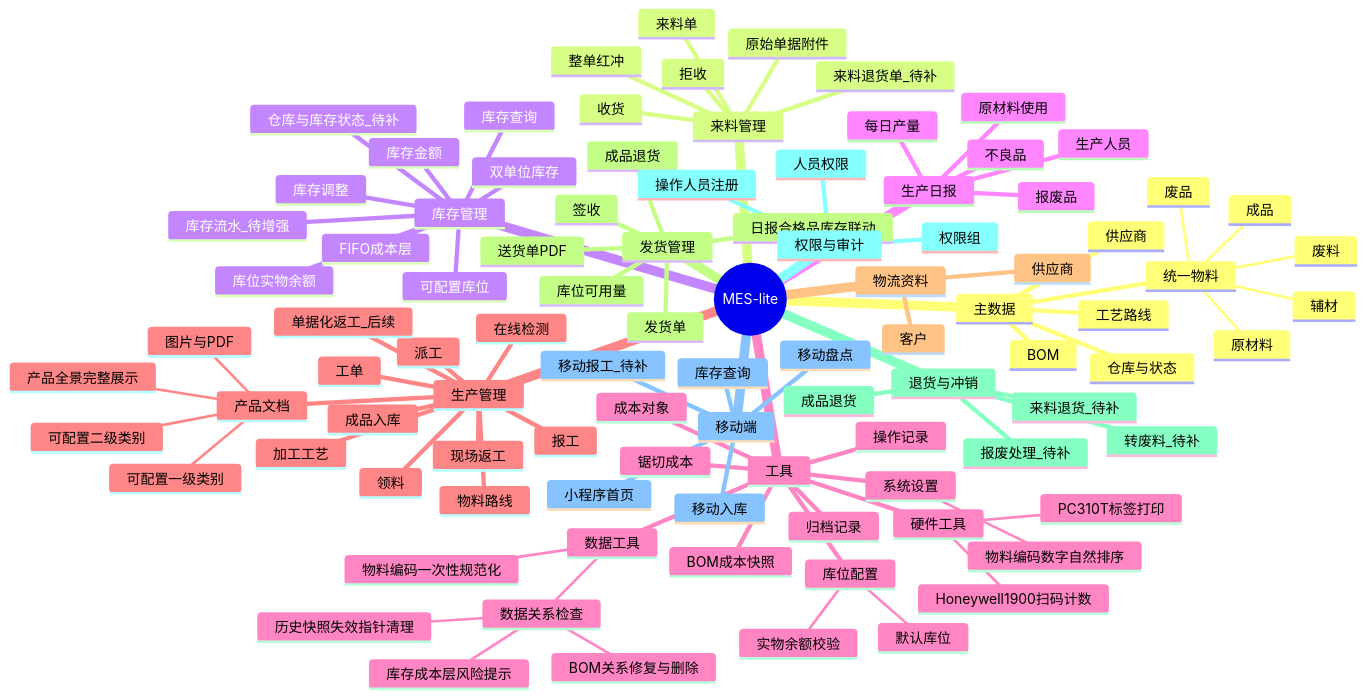
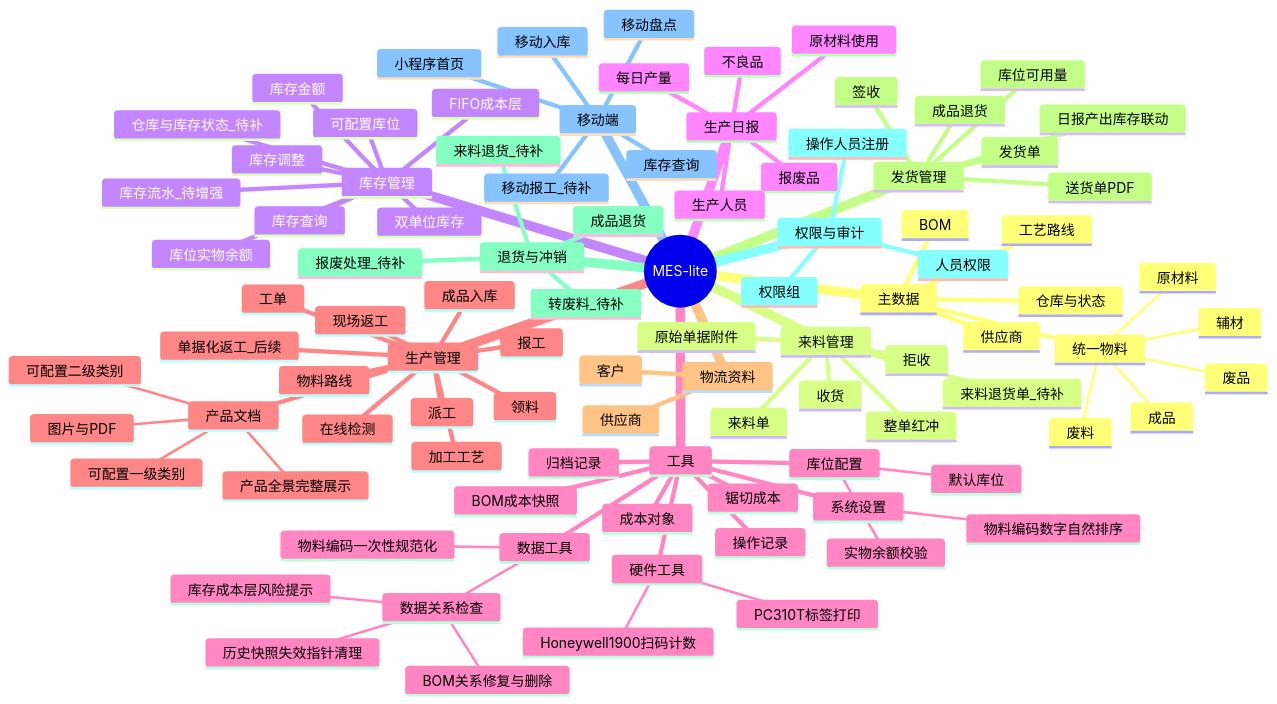
One commit to goldf2/mes-lite changed the first of 16 diagrams in docs/minierp/system-function-flow.md. Above: the diagram before and after it, drawn with Mermaid. The commit also changed other lines of this file and 27 other files, not shown here.

```diff
--- a/docs/minierp/system-function-flow.md
+++ b/docs/minierp/system-function-flow.md
@@ -96,7 +96,7 @@
     发货管理
       发货单
       库位可用量
-      日报合格品库存联动
+      日报产出库存联动
       送货单PDF
       签收
       成品退货
```
